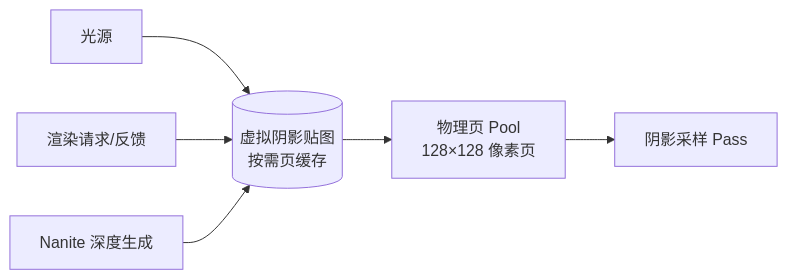
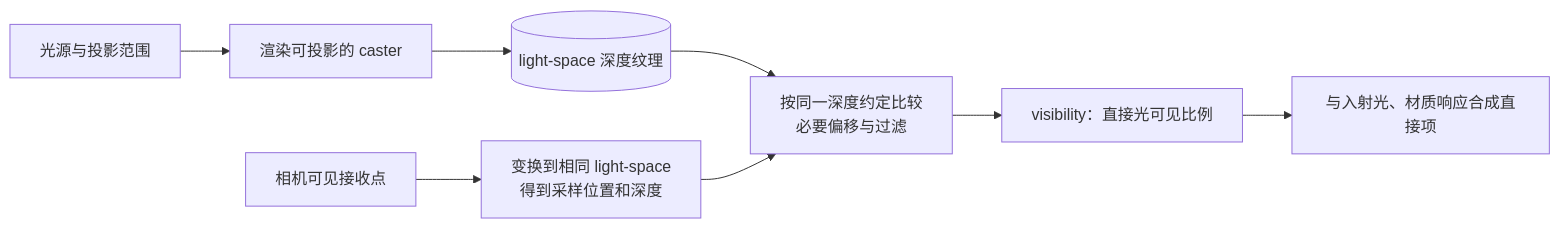
One commit to fantuan812/learning changed the first of 4 diagrams in 知识/04-图形动画与物理仿真/渲染管线与光照/03-光照与阴影系统.md. Above: the diagram before and after it, drawn with Mermaid. The commit also changed other lines of this file and 1 other file, not shown here.

````diff
--- a/知识/04-图形动画与物理仿真/渲染管线与光照/03-光照与阴影系统.md
+++ b/知识/04-图形动画与物理仿真/渲染管线与光照/03-光照与阴影系统.md
@@ -184,8 +135,10 @@
 ```mermaid
 flowchart LR
-    L[光源] --> V[(虚拟阴影贴图<br/>按需页缓存)]
-    R[渲染请求/反馈] --> V
-    V --> P[物理页 Pool<br/>128×128 像素页]
-    P --> SM[阴影采样 Pass]
-    N[Nanite 深度生成] --> V
+    L["光源与投影范围"] --> R["渲染可投影的 caster"]
+    R --> T[("light-space 深度纹理")]
+    P["相机可见接收点"] --> Z["变换到相同 light-space<br/>得到采样位置和深度"]
+    T --> C["按同一深度约定比较<br/>必要偏移与过滤"]
+    Z --> C
+    C --> V["visibility：直接光可见比例"]
+    V --> D["与入射光、材质响应合成直接项"]
 ```
````
